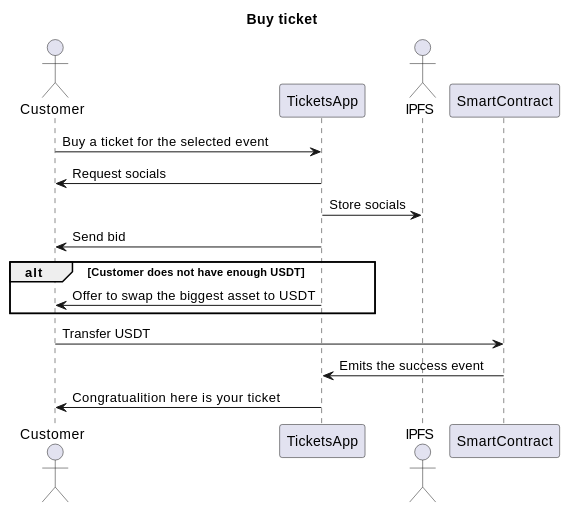
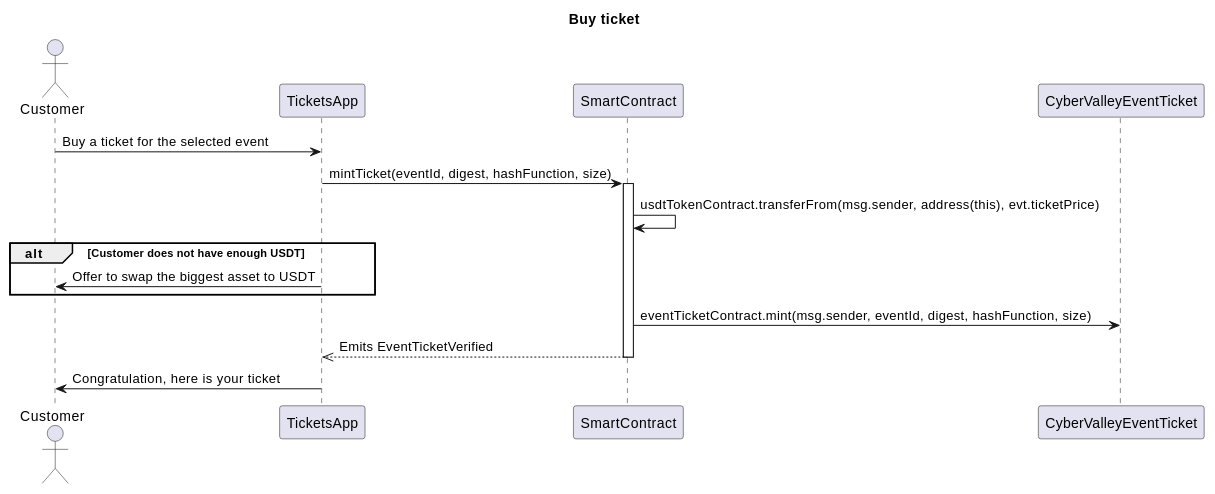
One commit to ai-shift/cyber-valley-tickets changed diagram 13 of 26 in README.org. Above: the diagram before and after it, drawn with PlantUML. The commit also changed other lines of this file, not shown here.

```diff
--- a/README.org
+++ b/README.org
@@ -298,19 +345,20 @@
 #+begin_src plantuml :file ./img/v2-buy-ticket.png
 title Buy ticket
 
 actor Customer
 participant TicketsApp
-actor IPFS
 participant SmartContract
+participant CyberValleyEventTicket
 
 Customer -> TicketsApp: Buy a ticket for the selected event
-TicketsApp -> Customer: Request socials
-TicketsApp -> IPFS: Store socials
-TicketsApp -> Customer: Send bid
+TicketsApp -> SmartContract: mintTicket(eventId, digest, hashFunction, size)
+activate SmartContract
+SmartContract -> SmartContract: usdtTokenContract.transferFrom(msg.sender, address(this), evt.ticketPrice)
 alt Customer does not have enough USDT
   TicketsApp -> Customer: Offer to swap the biggest asset to USDT
 end
-Customer -> SmartContract: Transfer USDT
-SmartContract -> TicketsApp: Emits the success event
-TicketsApp -> Customer: Congratualition here is your ticket
+SmartContract -> CyberValleyEventTicket: eventTicketContract.mint(msg.sender, eventId, digest, hashFunction, size)
+SmartContract -->> TicketsApp: Emits EventTicketVerified
+deactivate SmartContract
+TicketsApp -> Customer: Congratulation, here is your ticket
 #+end_src
```
